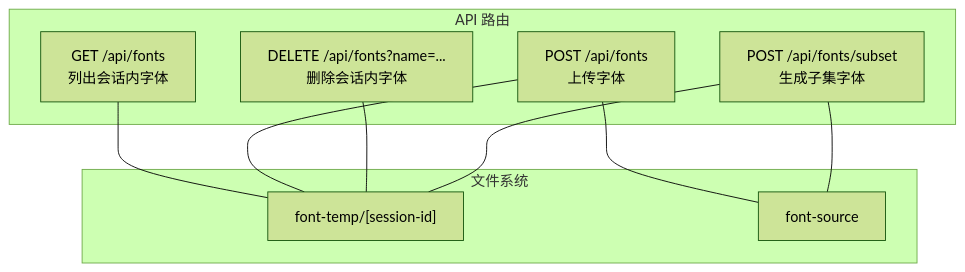
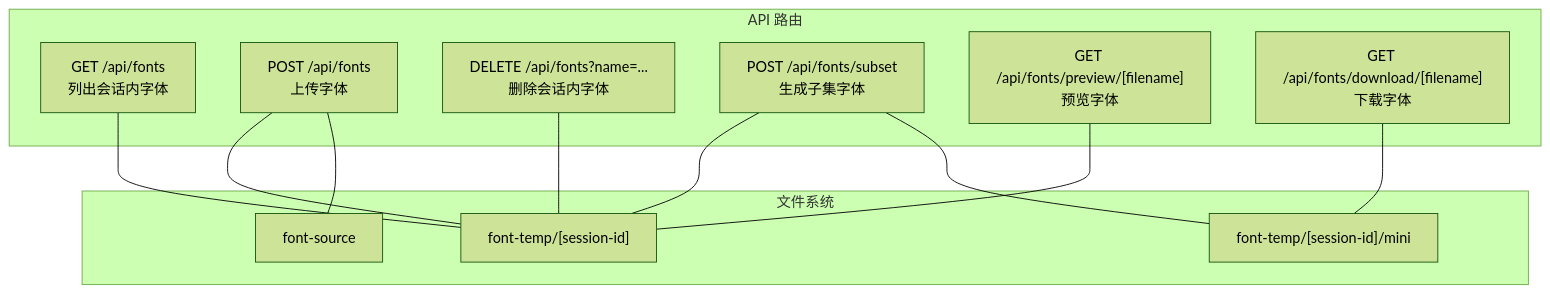
One commit to tutusiji/FontMinify changed the first of 3 diagrams in .qoder/repowiki/zh/content/API接口参考/API接口参考.md. Above: the diagram before and after it, drawn with Mermaid (forest theme). The commit also changed other lines of this file and 12 other files, not shown here.

````diff
--- a/.qoder/repowiki/zh/content/API接口参考/API接口参考.md
+++ b/.qoder/repowiki/zh/content/API接口参考/API接口参考.md
@@ -36,19 +40,24 @@
 ```mermaid
 graph TB
 subgraph "API 路由"
 A["GET /api/fonts<br/>列出会话内字体"]
 B["POST /api/fonts<br/>上传字体"]
 C["DELETE /api/fonts?name=...<br/>删除会话内字体"]
 D["POST /api/fonts/subset<br/>生成子集字体"]
+E["GET /api/fonts/preview/[filename]<br/>预览字体"]
+F["GET /api/fonts/download/[filename]<br/>下载字体"]
 end
 subgraph "文件系统"
 T["font-temp/[session-id]"]
 S["font-source"]
+M["font-temp/[session-id]/mini"]
 end
 A --- T
 B --- T
 B --- S
 C --- T
 D --- T
-D --- S
+D --- M
+E --- T
+F --- M
 ```
````
